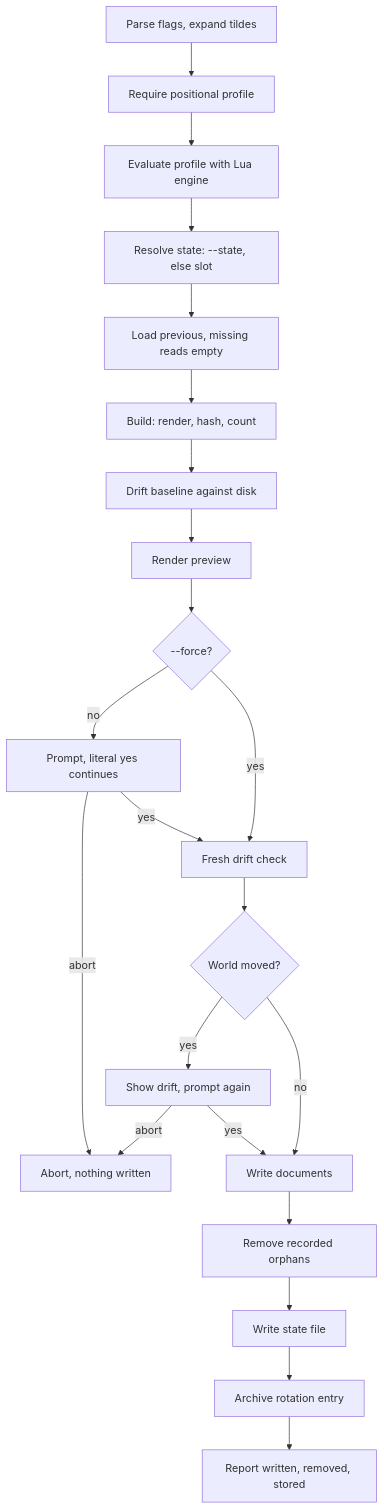
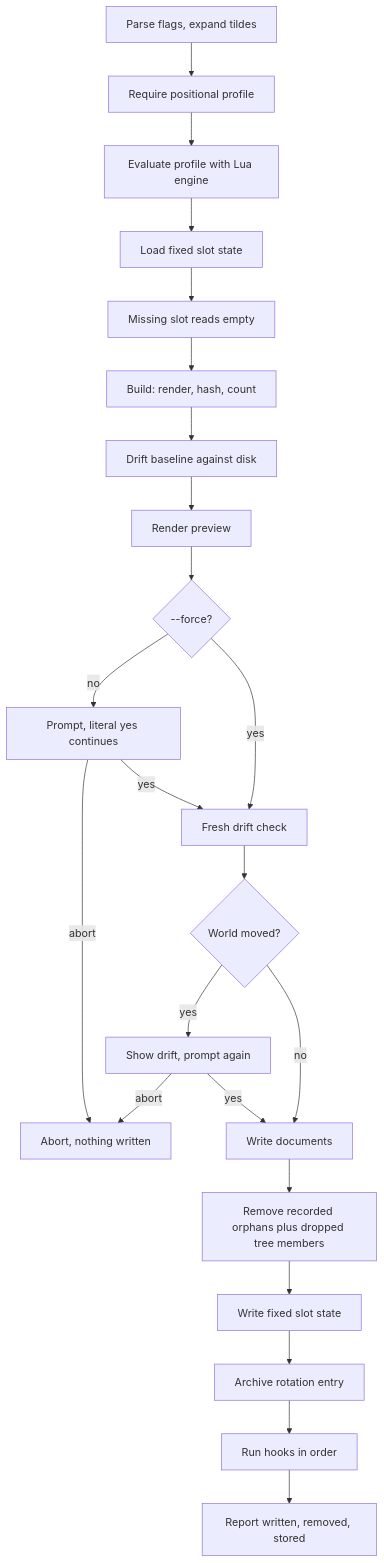
Before and after one commit to SolracHQ/confit: the diagram in docs/flows/apply.md, drawn with Mermaid. The commit also changed other lines of this file and 83 other files, not shown here.

````diff
--- a/docs/flows/apply.md
+++ b/docs/flows/apply.md
@@ -8,24 +8,25 @@
 ```mermaid
 flowchart TD
     A["Parse flags, expand tildes"] --> B["Require positional profile"]
     B --> C["Evaluate profile with Lua engine"]
-    C --> D["Resolve state: --state, else slot"]
-    D --> E["Load previous, missing reads empty"]
+    C --> D["Load fixed slot state"]
+    D --> E["Missing slot reads empty"]
     E --> F["Build: render, hash, count"]
     F --> G["Drift baseline against disk"]
     G --> H["Render preview"]
     H --> I{"--force?"}
     I -- no --> J["Prompt, literal yes continues"]
     I -- yes --> K["Fresh drift check"]
     J -- abort --> Z["Abort, nothing written"]
     J -- yes --> K
     K --> L{"World moved?"}
     L -- yes --> M["Show drift, prompt again"]
     L -- no --> N["Write documents"]
     M -- abort --> Z
     M -- yes --> N
-    N --> O["Remove recorded orphans"]
-    O --> P["Write state file"]
+    N --> O["Remove recorded orphans plus dropped tree members"]
+    O --> P["Write fixed slot state"]
     P --> Q["Archive rotation entry"]
-    Q --> R["Report written, removed, stored"]
+    Q --> R["Run hooks in order"]
+    R --> S["Report written, removed, stored"]
 ```
````
